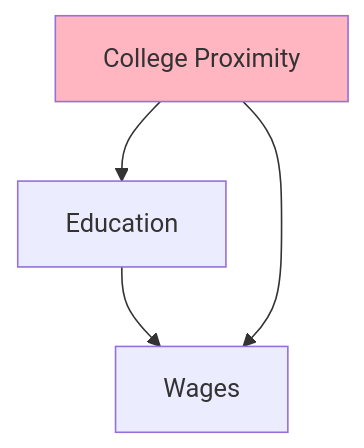
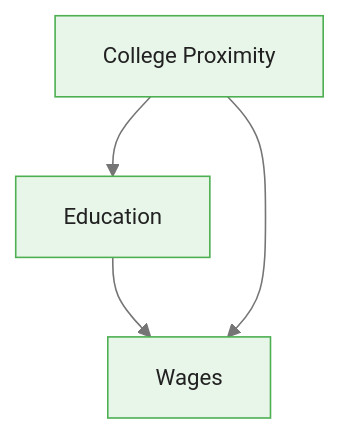
One commit to m-deane/course-creator changed the second of 2 diagrams in courses/causalpy-interrupted-time-series/modules/module_06_instrumental_variables/guides/01_iv_fundamentals_slides.md. Above: the diagram before and after it, drawn with Mermaid. The commit also changed other lines of this file and 87 other files, not shown here.

````diff
--- a/courses/causalpy-interrupted-time-series/modules/module_06_instrumental_variables/guides/01_iv_fundamentals_slides.md
+++ b/courses/causalpy-interrupted-time-series/modules/module_06_instrumental_variables/guides/01_iv_fundamentals_slides.md
@@ -208,8 +215,7 @@
 ```mermaid
+%%{init: {"theme": "base", "themeVariables": {"primaryColor": "#e8f5e9", "primaryBorderColor": "#4caf50", "primaryTextColor": "#212121", "secondaryColor": "#e3f2fd", "tertiaryColor": "#fff8e1", "lineColor": "#757575", "fontFamily": "Inter, sans-serif", "fontSize": "14px"}}}%%
 graph TD
     Z["College Proximity"] --> X["Education"]
     X --> Y["Wages"]
     Z --> Y
-
-    style Z fill:#FFB6C1
 ```
````
